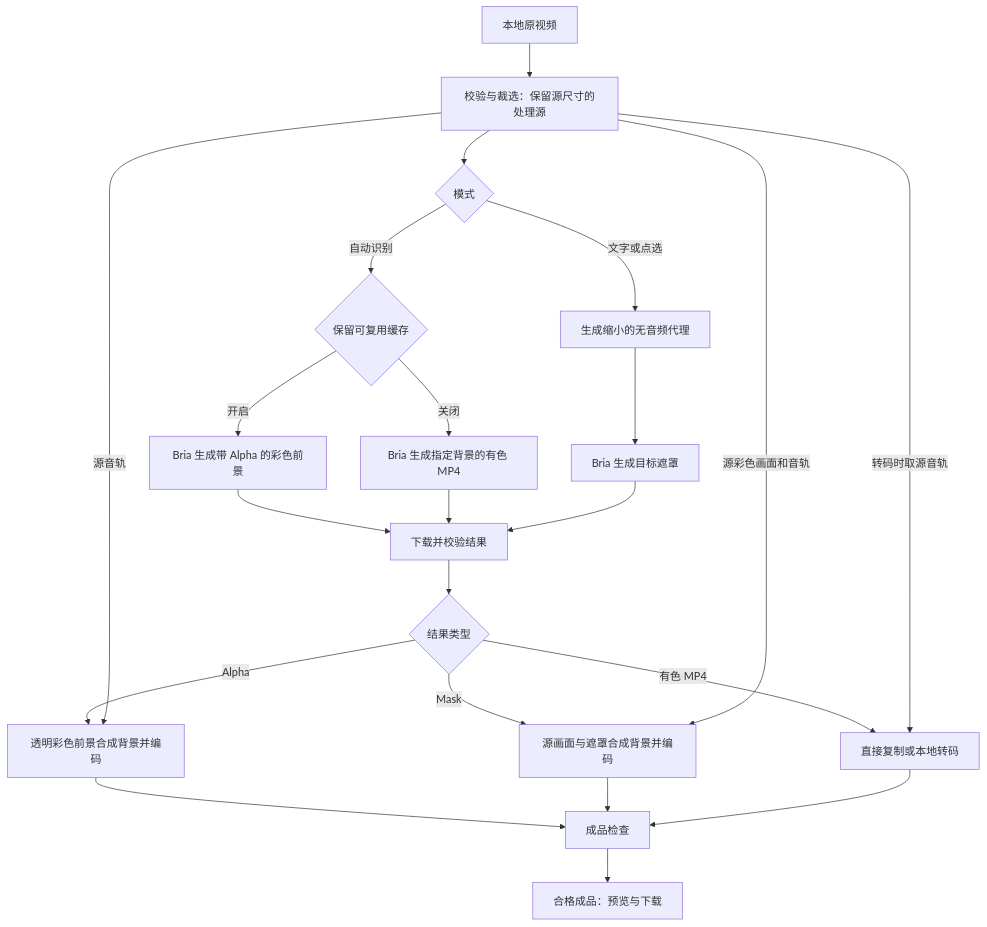
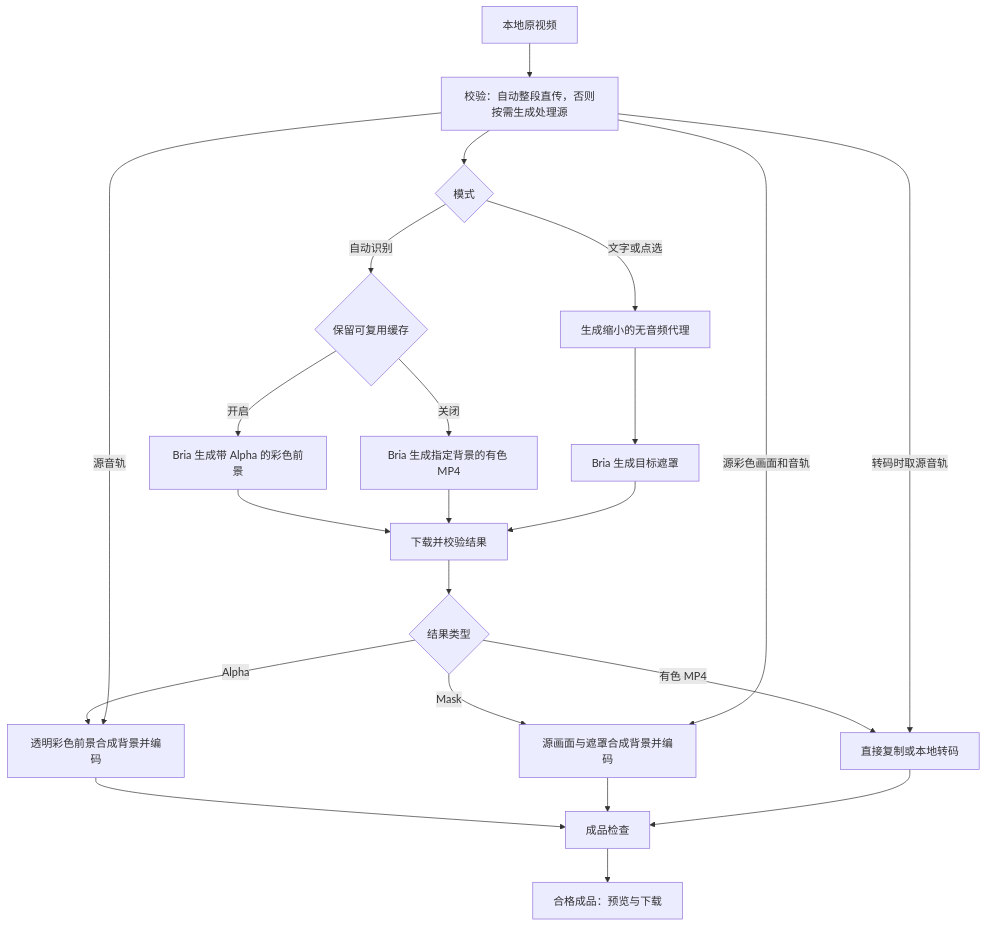
One commit to flttx/bria-video-cutout changed the diagram in docs/技术细节.md. Above: the diagram before and after it, drawn with Mermaid. The commit also changed other lines of this file and 17 other files, not shown here.

````diff
--- a/docs/技术细节.md
+++ b/docs/技术细节.md
@@ -36,24 +36,24 @@
 ```mermaid
 flowchart TD
-    A[本地原视频] --> B[校验与裁选：保留源尺寸的处理源]
+    A[本地原视频] --> B[校验：自动整段直传，否则按需生成处理源]
     B --> C{模式}
     C -->|自动识别| D{保留可复用缓存}
     D -->|开启| E[Bria 生成带 Alpha 的彩色前景]
     D -->|关闭| F[Bria 生成指定背景的有色 MP4]
     C -->|文字或点选| G[生成缩小的无音频代理]
     G --> H[Bria 生成目标遮罩]
     E --> I[下载并校验结果]
     F --> I
     H --> I
     I --> J{结果类型}
     J -->|Alpha| K[透明彩色前景合成背景并编码]
     J -->|Mask| L[源画面与遮罩合成背景并编码]
     B -->|源彩色画面和音轨| L
     B -->|源音轨| K
     J -->|有色 MP4| M[直接复制或本地转码]
     B -->|转码时取源音轨| M
     K --> N[成品检查]
     L --> N
     M --> N
     N --> O[合格成品：预览与下载]
 ```
````
